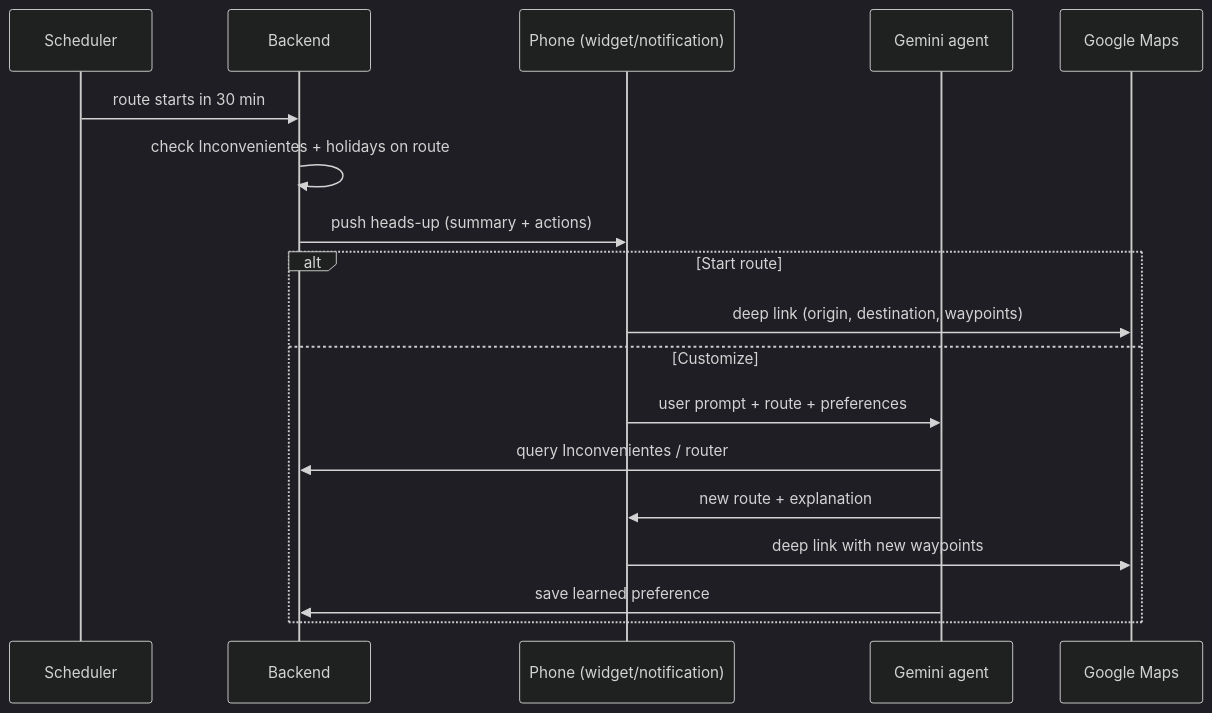
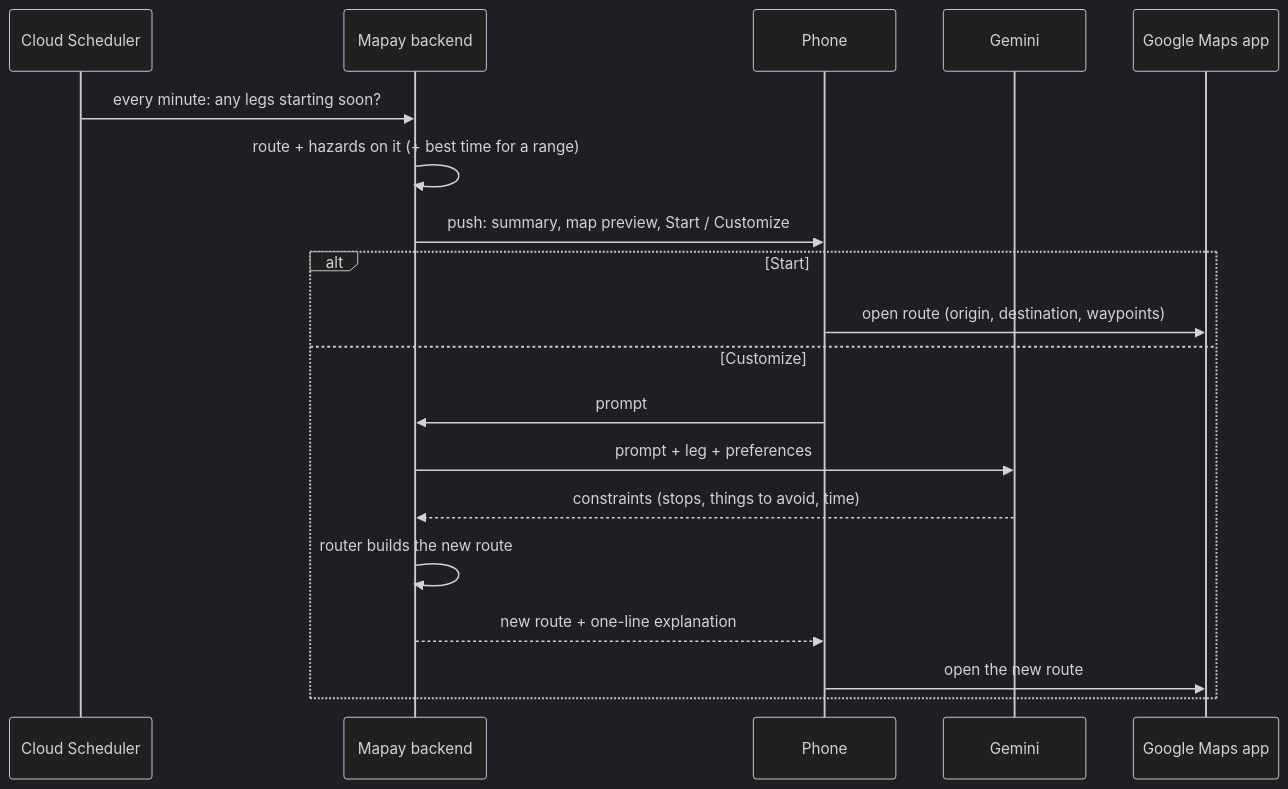
One commit to TomasPessagno/mapay changed the second of 3 diagrams in README.md. Above: the diagram before and after it, drawn with Mermaid (dark theme). The commit also changed other lines of this file and 3 other files, not shown here.

First line of the commit message:
Docs: revise README, AGENTS.md and roadmap to the Sept 26 spec

````diff
--- a/README.md
+++ b/README.md
@@ -119,20 +124,21 @@
 ```mermaid
 sequenceDiagram
-    participant S as Scheduler
-    participant B as Backend
-    participant P as Phone (widget/notification)
-    participant G as Gemini agent
-    participant M as Google Maps
-    S->>B: route starts in 30 min
-    B->>B: check Inconvenientes + holidays on route
-    B->>P: push heads-up (summary + actions)
-    alt Start route
-        P->>M: deep link (origin, destination, waypoints)
+    participant S as Cloud Scheduler
+    participant B as Mapay backend
+    participant P as Phone
+    participant G as Gemini
+    participant M as Google Maps app
+    S->>B: every minute: any legs starting soon?
+    B->>B: route + hazards on it (+ best time for a range)
+    B->>P: push: summary, map preview, Start / Customize
+    alt Start
+        P->>M: open route (origin, destination, waypoints)
     else Customize
-        P->>G: user prompt + route + preferences
-        G->>B: query Inconvenientes / router
-        G->>P: new route + explanation
-        P->>M: deep link with new waypoints
-        G->>B: save learned preference
+        P->>B: prompt
+        B->>G: prompt + leg + preferences
+        G-->>B: constraints (stops, things to avoid, time)
+        B->>B: router builds the new route
+        B-->>P: new route + one-line explanation
+        P->>M: open the new route
     end
 ```
````
